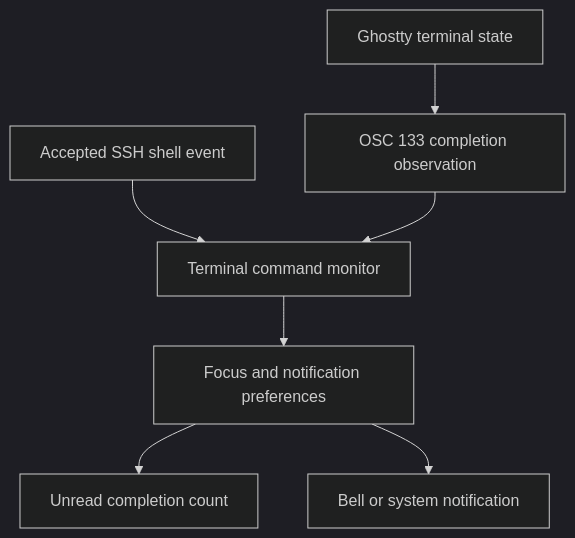
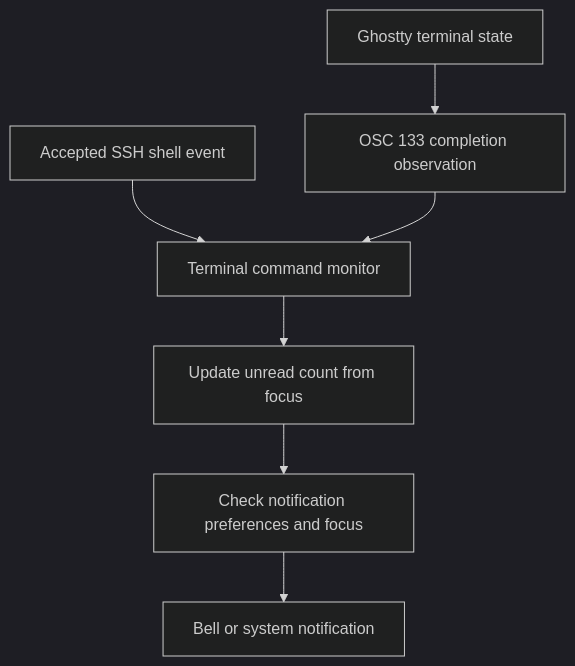
Before and after one commit to AkinoKaede/Termind: the fifth of 6 diagrams in openwiki/concepts/shell-integration.md, drawn with Mermaid (dark theme). The commit also changed other lines of this file and 61 other files, not shown here.

````diff
--- a/openwiki/concepts/shell-integration.md
+++ b/openwiki/concepts/shell-integration.md
@@ -269,9 +285,9 @@
 ```mermaid
 flowchart TD
     Surface["Ghostty terminal state"] --> Observer["OSC 133 completion observation"]
     Hook["Accepted SSH shell event"] --> Monitor["Terminal command monitor"]
     Observer --> Monitor
-    Monitor --> Gate["Focus and notification preferences"]
-    Gate --> Unread["Unread completion count"]
+    Monitor --> Unread["Update unread count from focus"]
+    Unread --> Gate["Check notification preferences and focus"]
     Gate --> Delivery["Bell or system notification"]
 ```
````
